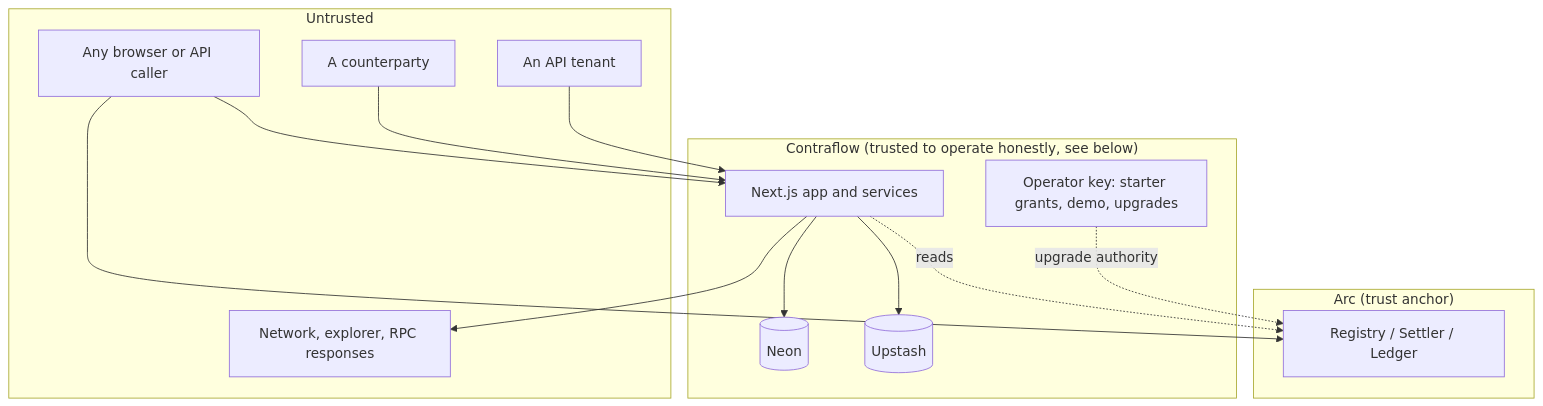
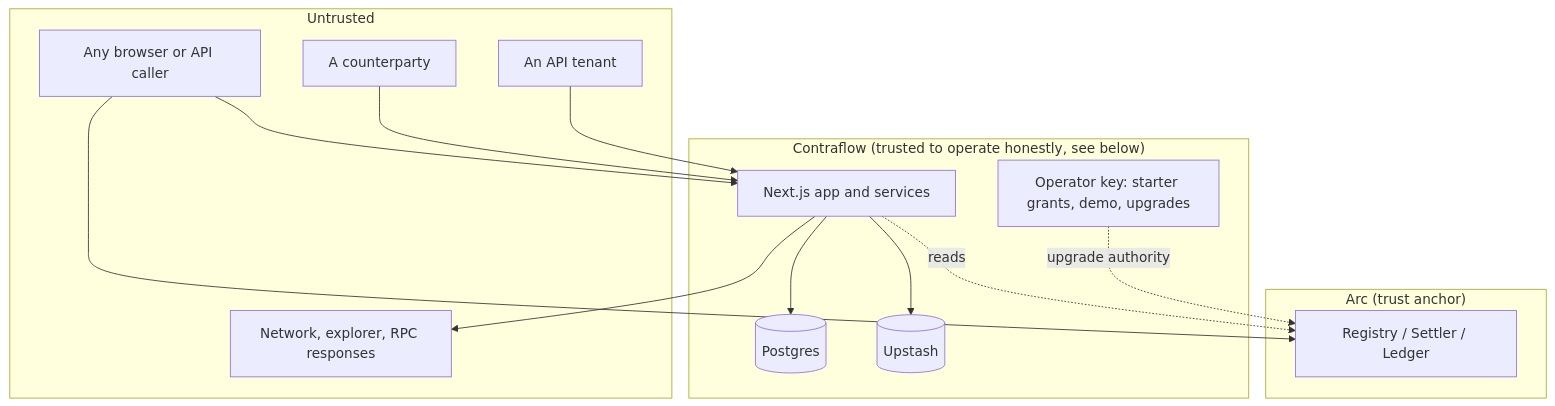
The diagram in docs/gitbook/reference/security.md (AduAkorful/contraflow), drawn with Mermaid before and after one commit. The commit also changed other lines of this file and 30 other files, not shown here.

````diff
--- a/docs/gitbook/reference/security.md
+++ b/docs/gitbook/reference/security.md
@@ -9,27 +9,27 @@
 ```mermaid
 graph TD
   subgraph Untrusted
     U[Any browser or API caller]
     CP[A counterparty]
     T[An API tenant]
     NET[Network, explorer, RPC responses]
   end
   subgraph Contraflow["Contraflow (trusted to operate honestly, see below)"]
     APP[Next.js app and services]
-    DB[(Neon)]
+    DB[(Postgres)]
     RD[(Upstash)]
     OP[Operator key: starter grants, demo, upgrades]
   end
   subgraph Chain["Arc (trust anchor)"]
     C[Registry / Settler / Ledger]
   end
   U --> APP
   CP --> APP
   T --> APP
   APP --> DB
   APP --> RD
   APP --> NET
   U --> C
   APP -.reads.-> C
   OP -.upgrade authority.-> C
 ```
````
